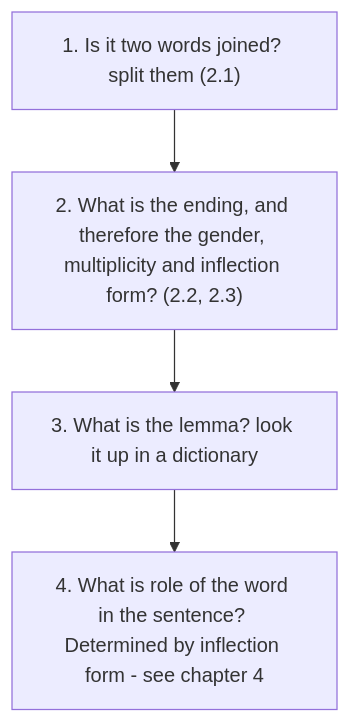
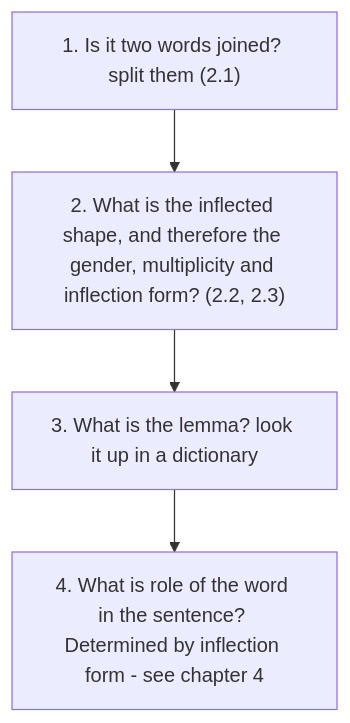
The second of 2 diagrams in src/content/docs/Pali Textbook/2-0-nama.md (ChristineTham/buddhavacana), drawn with Mermaid before and after one commit. The commit also changed other lines of this file and 48 other files, not shown here.

````diff
--- a/src/content/docs/Pali Textbook/2-0-nama.md
+++ b/src/content/docs/Pali Textbook/2-0-nama.md
@@ -54,6 +54,6 @@
 ```mermaid
 flowchart TD
-  S1["1. Is it two words joined? split them (2.1)"] --> S2["2. What is the ending, and therefore the gender, multiplicity and inflection form? (2.2, 2.3)"]
+  S1["1. Is it two words joined? split them (2.1)"] --> S2["2. What is the inflected shape, and therefore the gender, multiplicity and inflection form? (2.2, 2.3)"]
   S2 --> S3["3. What is the lemma? look it up in a dictionary"]
   S3 --> S4["4. What is role of the word in the sentence? Determined by inflection form - see chapter 4"]
 ```
````
